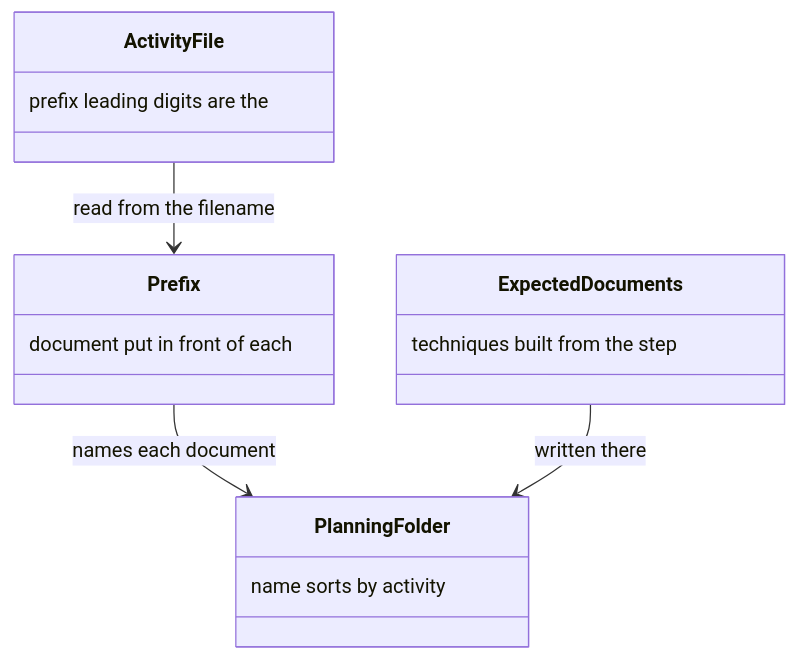
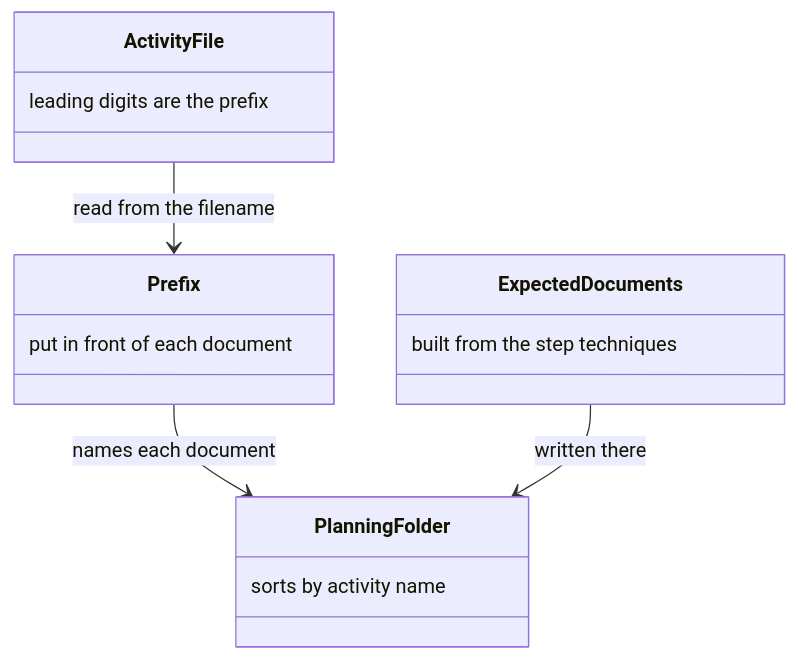
One commit to m2ux/workflow-server changed the eighth of 26 diagrams in docs/delivery.md. Above: the diagram before and after it, drawn with Mermaid. The commit also changed other lines of this file and 10 other files, not shown here.

Commit message:
Write each class-box note in reading order so the diagram shows the phrase as written.

````diff
--- a/docs/delivery.md
+++ b/docs/delivery.md
@@ -165,18 +165,18 @@
 ```mermaid
 classDiagram
   class ActivityFile {
-    prefix leading digits are the
+    leading digits are the prefix
   }
   class Prefix {
-    document put in front of each
+    put in front of each document
   }
   class ExpectedDocuments {
-    techniques built from the step
+    built from the step techniques
   }
   class PlanningFolder {
-    name sorts by activity
+    sorts by activity name
   }
   ActivityFile --> Prefix : read from the filename
   Prefix --> PlanningFolder : names each document
   ExpectedDocuments --> PlanningFolder : written there
 ```
````
